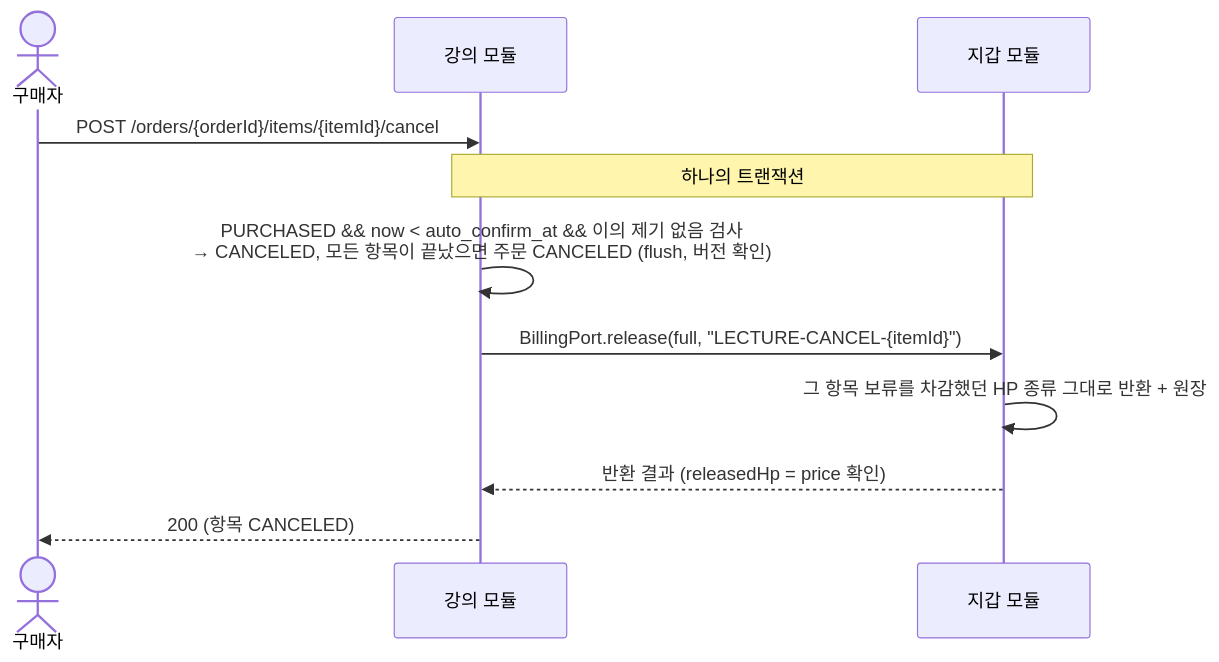
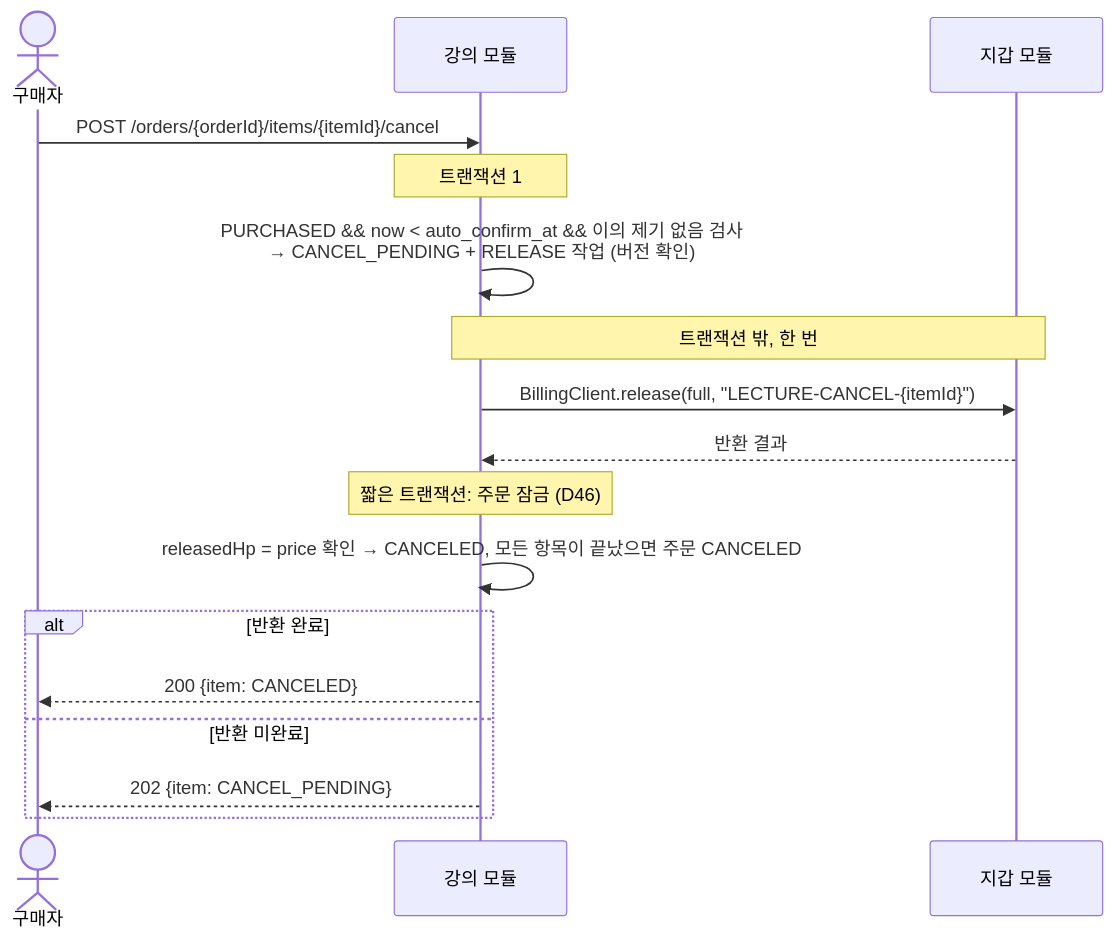
Before and after one commit to prgrms-be-adv-devcourse/beadv8_8_LMS_BE: the sixth of 9 diagrams in docs/design/lecture-module.md, drawn with Mermaid. The commit also changed other lines of this file, not shown here.

First line of the commit message:
Docs: 모듈 간 트랜잭션 제거와 계약 경계 재설계 (#246)

````diff
--- a/docs/design/lecture-module.md
+++ b/docs/design/lecture-module.md
@@ -434,13 +563,19 @@
 ```mermaid
 sequenceDiagram
     actor B as 구매자
     participant LEC as 강의 모듈
     participant WAL as 지갑 모듈
     B->>LEC: POST /orders/{orderId}/items/{itemId}/cancel
-    Note over LEC,WAL: 하나의 트랜잭션
-    LEC->>LEC: PURCHASED && now < auto_confirm_at && 이의 제기 없음 검사<br/>→ CANCELED, 모든 항목이 끝났으면 주문 CANCELED (flush, 버전 확인)
-    LEC->>WAL: BillingPort.release(full, "LECTURE-CANCEL-{itemId}")
-    WAL->>WAL: 그 항목 보류를 차감했던 HP 종류 그대로 반환 + 원장
-    WAL-->>LEC: 반환 결과 (releasedHp = price 확인)
-    LEC-->>B: 200 (항목 CANCELED)
+    Note over LEC: 트랜잭션 1
+    LEC->>LEC: PURCHASED && now < auto_confirm_at && 이의 제기 없음 검사<br/>→ CANCEL_PENDING + RELEASE 작업 (버전 확인)
+    Note over LEC,WAL: 트랜잭션 밖, 한 번
+    LEC->>WAL: BillingClient.release(full, "LECTURE-CANCEL-{itemId}")
+    WAL-->>LEC: 반환 결과
+    Note over LEC: 짧은 트랜잭션: 주문 잠금 (D46)
+    LEC->>LEC: releasedHp = price 확인 → CANCELED, 모든 항목이 끝났으면 주문 CANCELED
+    alt 반환 완료
+        LEC-->>B: 200 {item: CANCELED}
+    else 반환 미완료
+        LEC-->>B: 202 {item: CANCEL_PENDING}
+    end
 ```
````
